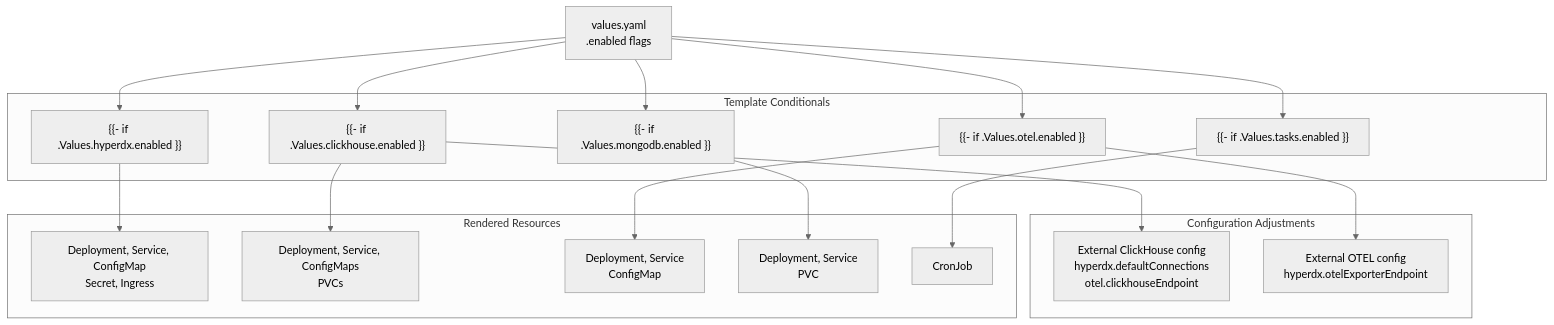
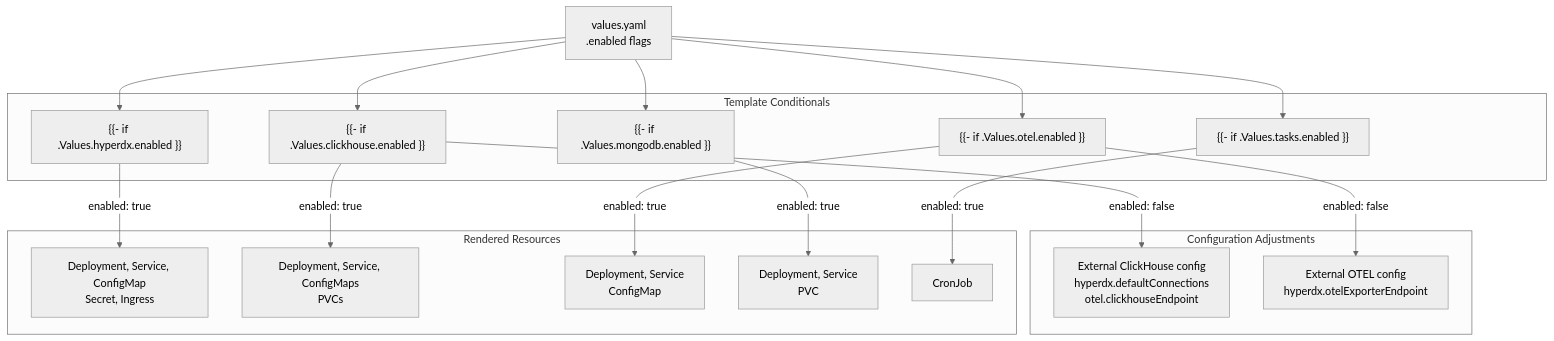
Before and after one commit to openchoreo/openchoreo: the fifth of 10 diagrams in docs/hyperdxio-helm-charts-docs/Component-Deep-Dives.md, drawn with Mermaid (neutral theme). The commit also changed other lines of this file and 85 other files, not shown here.

Commit message:
feat: Add new workflow and specification templates, update Helm chart dependencies, and clarify documentation diagrams.

````diff
--- a/docs/hyperdxio-helm-charts-docs/Component-Deep-Dives.md
+++ b/docs/hyperdxio-helm-charts-docs/Component-Deep-Dives.md
@@ -271,51 +271,51 @@
 ```mermaid
 flowchart TD
 
 ValuesEnabled["values.yaml<br>.enabled flags"]
 HyperdxCheck["{{- if .Values.hyperdx.enabled }}"]
 CHCheck["{{- if .Values.clickhouse.enabled }}"]
 OTELCheck["{{- if .Values.otel.enabled }}"]
 MongoCheck["{{- if .Values.mongodb.enabled }}"]
 TasksCheck["{{- if .Values.tasks.enabled }}"]
 HyperdxRes["Deployment, Service, ConfigMap<br>Secret, Ingress"]
 CHRes["Deployment, Service, ConfigMaps<br>PVCs"]
 OTELRes["Deployment, Service<br>ConfigMap"]
 MongoRes["Deployment, Service<br>PVC"]
 TaskRes["CronJob"]
 ExternalCH["External ClickHouse config<br>hyperdx.defaultConnections<br>otel.clickhouseEndpoint"]
 ExternalOTEL["External OTEL config<br>hyperdx.otelExporterEndpoint"]
 
 ValuesEnabled --> HyperdxCheck
 ValuesEnabled --> CHCheck
 ValuesEnabled --> OTELCheck
 ValuesEnabled --> MongoCheck
 ValuesEnabled --> TasksCheck
-HyperdxCheck --> HyperdxRes
-CHCheck --> CHRes
-CHCheck --> ExternalCH
-OTELCheck --> OTELRes
-OTELCheck --> ExternalOTEL
-MongoCheck --> MongoRes
-TasksCheck --> TaskRes
+HyperdxCheck -->|"enabled: true"| HyperdxRes
+CHCheck -->|"enabled: true"| CHRes
+CHCheck -->|"enabled: false"| ExternalCH
+OTELCheck -->|"enabled: true"| OTELRes
+OTELCheck -->|"enabled: false"| ExternalOTEL
+MongoCheck -->|"enabled: true"| MongoRes
+TasksCheck -->|"enabled: true"| TaskRes
 
 subgraph subGraph2 ["Configuration Adjustments"]
     ExternalCH
     ExternalOTEL
 end
 
 subgraph subGraph1 ["Rendered Resources"]
     HyperdxRes
     CHRes
     OTELRes
     MongoRes
     TaskRes
 end
 
 subgraph subGraph0 ["Template Conditionals"]
     HyperdxCheck
     CHCheck
     OTELCheck
     MongoCheck
     TasksCheck
 end
 ```
````
